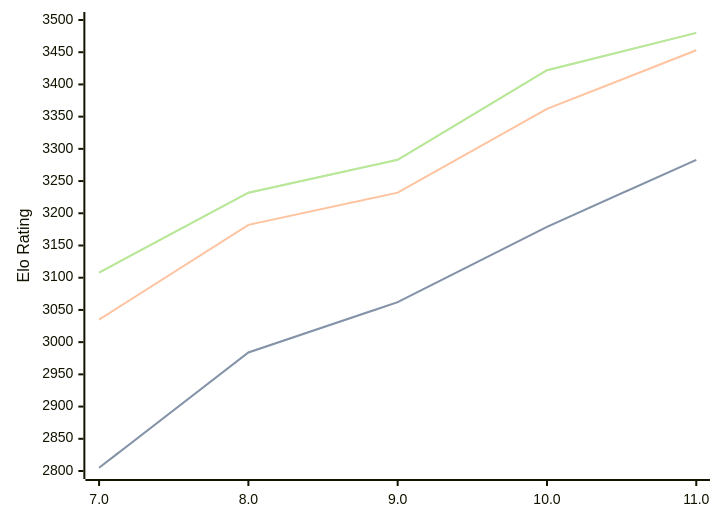
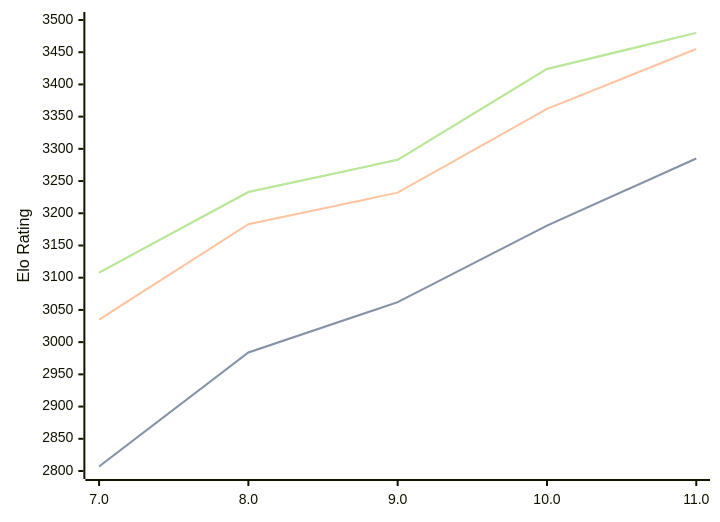
One commit to computer-chess-index/cci changed the diagram in engines/Tcheran.md. Above: the diagram before and after it, drawn with Mermaid. The commit also changed other lines of this file, not shown here.

Commit message:
Update CCI Ratings (ELO VLTC) - 2026-04-19

````diff
--- a/engines/Tcheran.md
+++ b/engines/Tcheran.md
@@ -49,11 +49,11 @@
 ```mermaid
 %%{init: {"theme":"base","themeVariables":{"seriesColors:['#a3a3a3','#222221','#faa371']}}}%%
 xychart-beta
   x-axis ["7.0", "8.0", "9.0", "10.0", "11.0"]
   y-axis "Elo Rating" 2800 --> 3500
-  line "STC (8.0+0.08s)" [2805, 2984, 3062, 3179, 3283]
-  line "STC (8.0+0.08s)" [2805, 2984, 3062, 3179, 3283]
-  line "LTC (60.0+0.60s)" [3035, 3182, 3232, 3362, 3453]
-  line "VLTC (2m24s+1.12s)" [3108, 3232, 3283, 3422, 3480]
-  line "VLTC (2m24s+1.12s)" [3108, 3232, 3283, 3422, 3480]
+  line "STC (8.0+0.08s)" [2807, 2984, 3062, 3181, 3285]
+  line "STC (8.0+0.08s)" [2807, 2984, 3062, 3181, 3285]
+  line "LTC (60.0+0.60s)" [3035, 3183, 3232, 3362, 3455]
+  line "VLTC (2m24s+1.12s)" [3108, 3233, 3283, 3424, 3480]
+  line "VLTC (2m24s+1.12s)" [3108, 3233, 3283, 3424, 3480]
 ```
````
